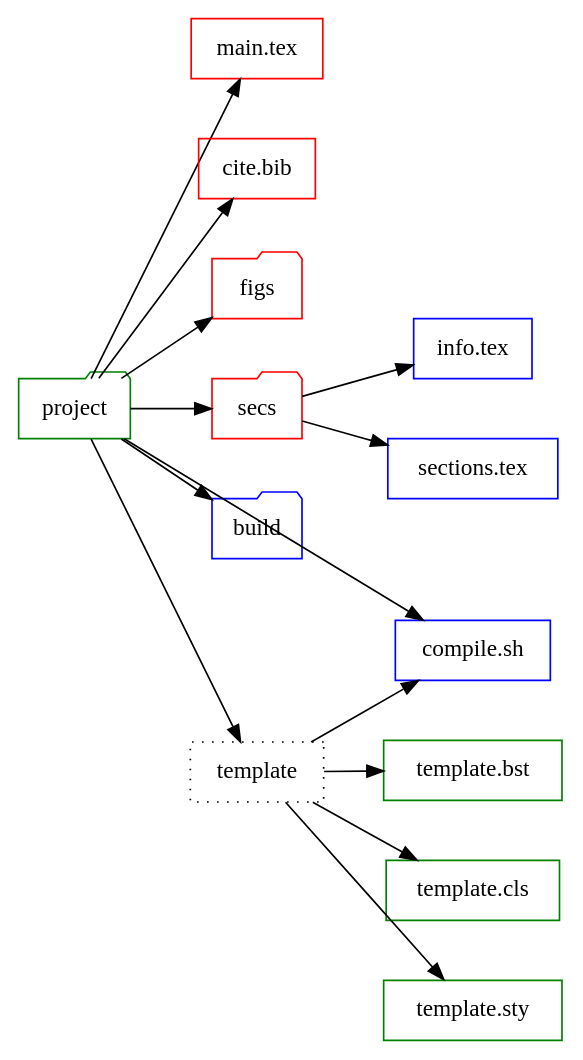
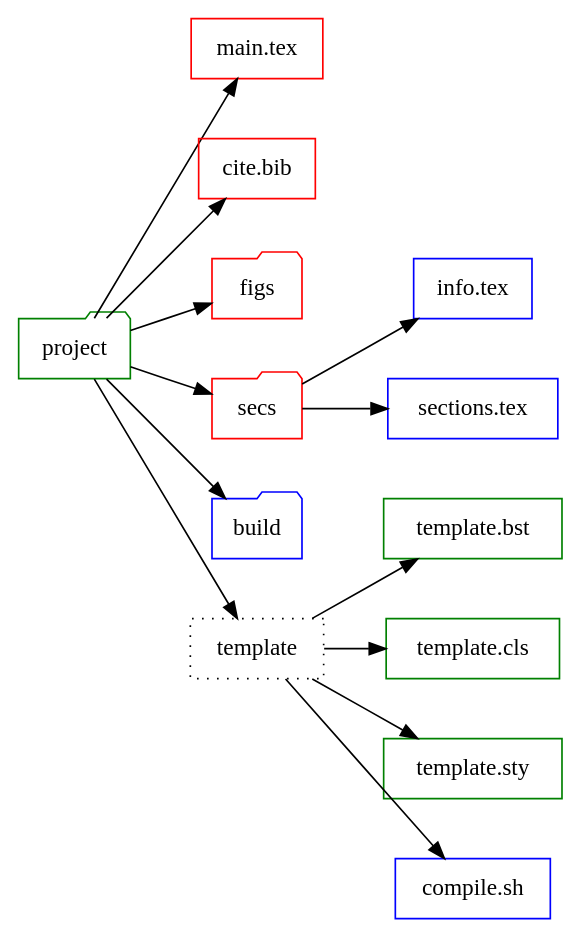
The diagram in texTemplate.org (bwtian/texTemplate), drawn with Graphviz before and after one commit. The commit also changed other lines of this file and 1 other file, not shown here.

Commit message:
- ‘.#texTemplate.org’ / ‘texTemplate.org’

```diff
--- a/texTemplate.org
+++ b/texTemplate.org
@@ -4,32 +4,32 @@
 #+BEGIN_SRC dot :file ./texTemplate.svg
   digraph {
   rankdir = LR
   fontname="Times";
   fontsize = 12;
   splines = false;
   ranksep = 0.5;
   nodesep = 0.5;
   node [shape = box]
   //1. set node
   proj [label = "project", color = green, shape="folder"]
   info [label = "info.tex", color = blue]
   secs [label = "sections.tex", color = blue]
   main [label = "main.tex", color = red]
   bib [label = "cite.bib", color = red]
   bst [label = "template.bst", color = green]
   cls [label = "template.cls", color = green]
   sty [label = "template.sty", color = green]
   fig [label = "figs", color=red, shape="folder"]
   sec [label = "secs", color=red, shape="folder"]
   build [label  = "build", color = blue, shape="folder"]
   gen [label = "compile.sh", color = blue]
   temp [label = "template", style=dotted]
   //2. set path
 
-  proj -> {fig sec main temp bib build gen}
+  proj -> {fig sec main temp bib build}
   temp -> {cls, bst, sty, gen}
   sec -> {info, secs}
   //3. set rank
 
   }
 #+END_SRC
```
